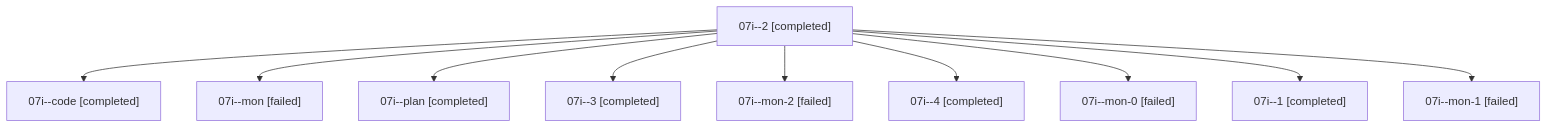
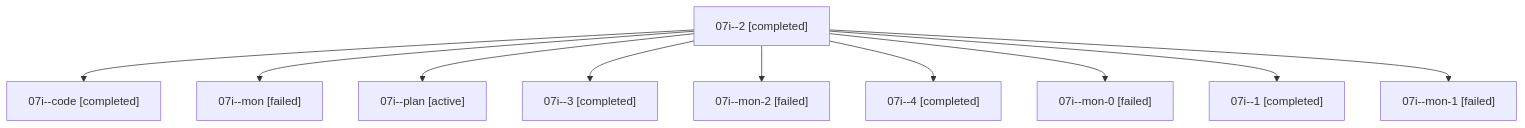
Before and after one commit to sase-org/sase--agents: the diagram in families/bbugyi200.athena.07i.md, drawn with Mermaid. The commit also changed other lines of this file and 35830 other files, not shown here.

````diff
--- a/families/bbugyi200.athena.07i.md
+++ b/families/bbugyi200.athena.07i.md
@@ -9,22 +9,22 @@
 ```mermaid
 flowchart TD
   n0["07i--2 [completed]"]
   n1["07i--code [completed]"]
   n0 --> n1
   n2["07i--mon [failed]"]
   n0 --> n2
-  n3["07i--plan [completed]"]
+  n3["07i--plan [active]"]
   n0 --> n3
   n4["07i--3 [completed]"]
   n0 --> n4
   n5["07i--mon-2 [failed]"]
   n0 --> n5
   n6["07i--4 [completed]"]
   n0 --> n6
   n7["07i--mon-0 [failed]"]
   n0 --> n7
   n8["07i--1 [completed]"]
   n0 --> n8
   n9["07i--mon-1 [failed]"]
   n0 --> n9
 ```
````
